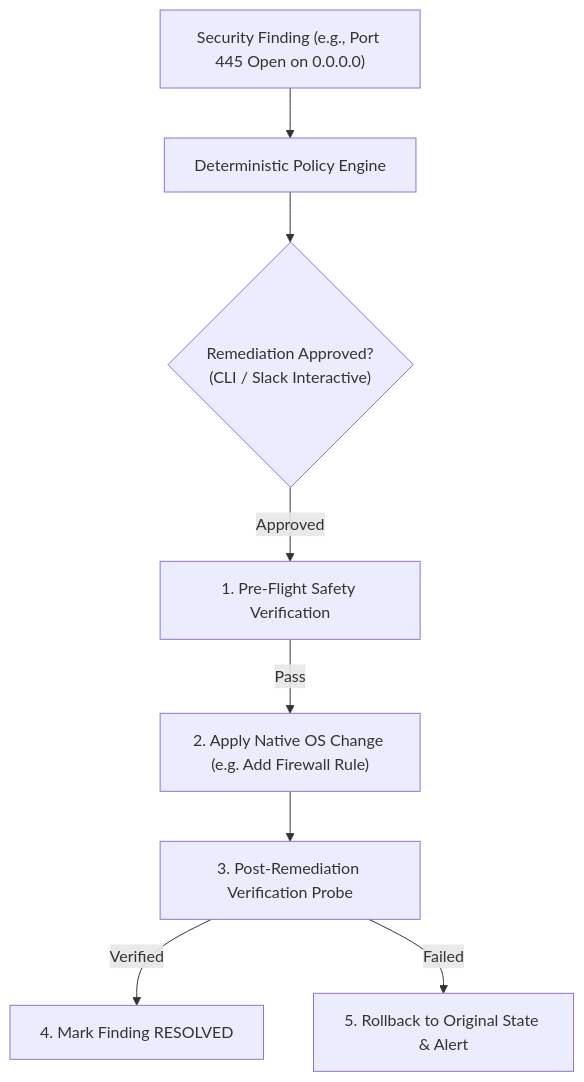
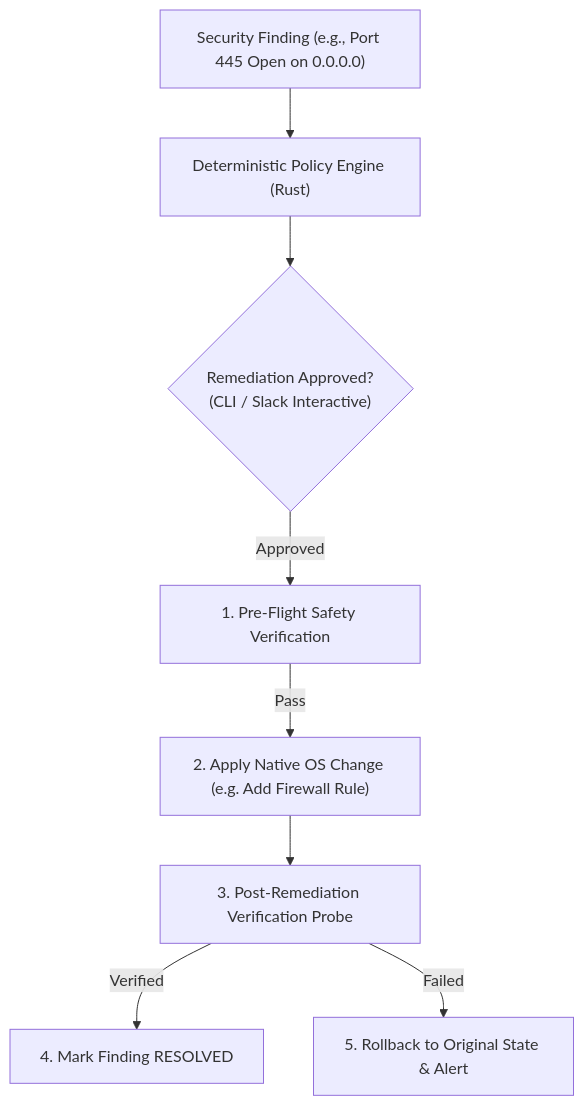
One commit to Subhadip-Paul2006/NETRA-Backend changed the eighth of 10 diagrams in docs/ARCHITECTURE.md. Above: the diagram before and after it, drawn with Mermaid. The commit also changed other lines of this file and 13 other files, not shown here.

Commit message:
docs: finalize Rust-first systems architecture lock across all 16 specifications

````diff
--- a/docs/ARCHITECTURE.md
+++ b/docs/ARCHITECTURE.md
@@ -176,12 +216,12 @@
 ```mermaid
 flowchart TD
-    Finding["Security Finding (e.g., Port 445 Open on 0.0.0.0)"] --> PolicyEngine["Deterministic Policy Engine"]
+    Finding["Security Finding (e.g., Port 445 Open on 0.0.0.0)"] --> PolicyEngine["Deterministic Policy Engine (Rust)"]
     PolicyEngine --> HumanGate{"Remediation Approved?<br/>(CLI / Slack Interactive)"}
     
     HumanGate -- Approved --> PreCheck["1. Pre-Flight Safety Verification"]
     PreCheck -- Pass --> ApplyFix["2. Apply Native OS Change (e.g. Add Firewall Rule)"]
     ApplyFix --> PostCheck["3. Post-Remediation Verification Probe"]
     
     PostCheck -- Verified --> Resolved["4. Mark Finding RESOLVED"]
     PostCheck -- Failed --> Rollback["5. Rollback to Original State & Alert"]
 ```
````
